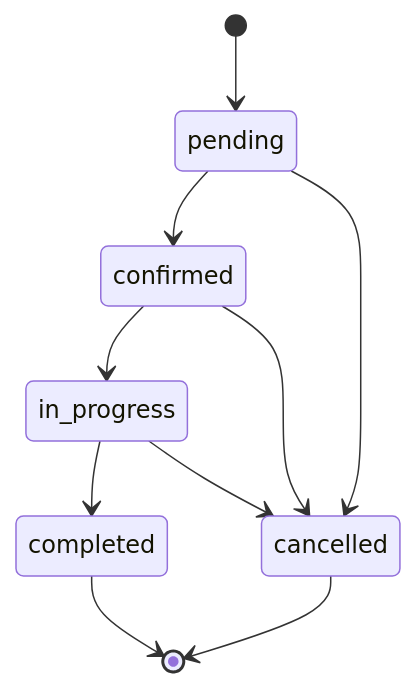
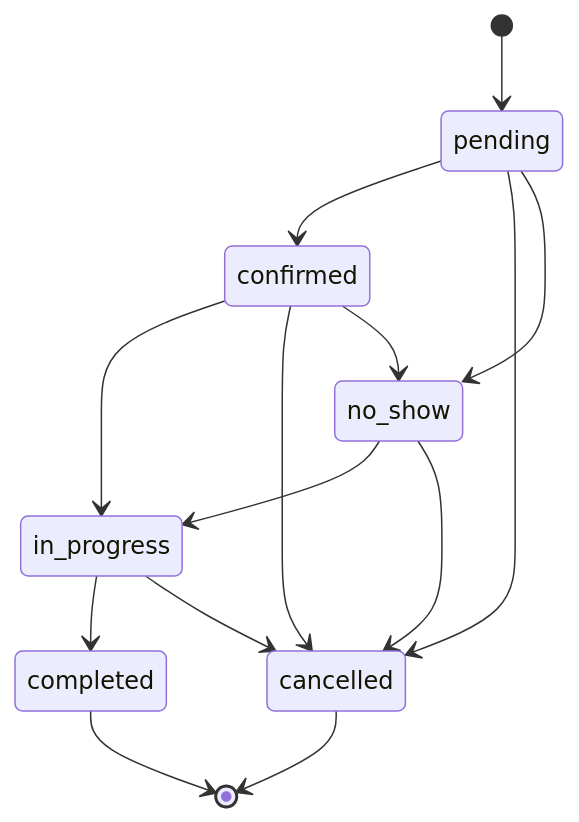
Before and after one commit to hello1224354/nail_salon_api: the diagram in docs/BOOKING.md, drawn with Mermaid. The commit also changed other lines of this file and 14 other files, not shown here.

````diff
--- a/docs/BOOKING.md
+++ b/docs/BOOKING.md
@@ -61,12 +62,16 @@
 ```mermaid
 stateDiagram-v2
     [*] --> pending
     pending --> confirmed
     pending --> cancelled
+    pending --> no_show
     confirmed --> in_progress
     confirmed --> cancelled
+    confirmed --> no_show
+    no_show --> in_progress
+    no_show --> cancelled
     in_progress --> completed
     in_progress --> cancelled
     completed --> [*]
     cancelled --> [*]
 ```
````
